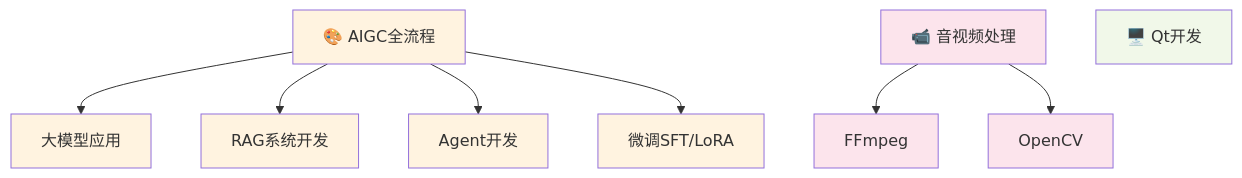
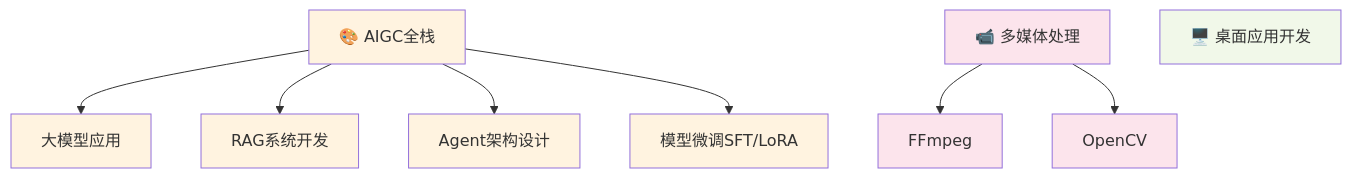
The second of 2 diagrams in docs/index.md (LiuCH4NG/LiuCH4NG.github.io), drawn with Mermaid before and after one commit. The commit also changed other lines of this file and 2 other files, not shown here.

````diff
--- a/docs/index.md
+++ b/docs/index.md
@@ -92,18 +94,18 @@
 ```mermaid
 graph TD
-    K[🎨 AIGC全流程] --> L[大模型应用]
+    K[🎨 AIGC全栈] --> L[大模型应用]
     K --> M[RAG系统开发]
-    K --> N[Agent开发]
-    K --> TA[微调SFT/LoRA]
-    O[📹 音视频处理] --> P[FFmpeg]
+    K --> N[Agent架构设计]
+    K --> TA[模型微调SFT/LoRA]
+    O[📹 多媒体处理] --> P[FFmpeg]
     O --> Q[OpenCV]
-    R[🖥️ Qt开发]
+    R[🖥️ 桌面应用开发]
     
     classDef aigc fill:#fff3e0
     classDef media fill:#fce4ec
     classDef desktop fill:#f1f8e9
     
     class K,L,M,N,TA aigc
     class O,P,Q media
     class R desktop
 ```
````
